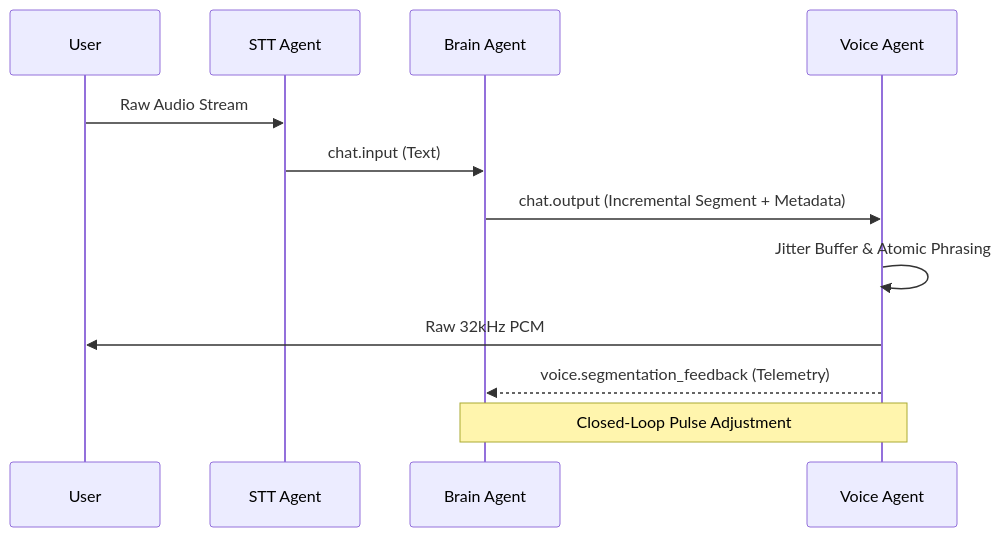
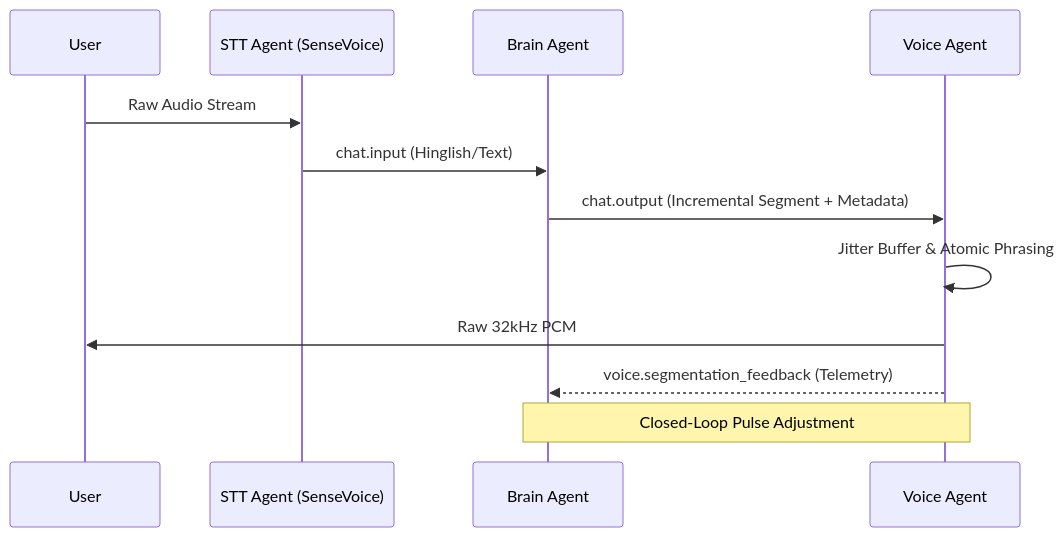
Before and after one commit to Aniket-a14/AI_friend: the second of 2 diagrams in README.md, drawn with Mermaid. The commit also changed other lines of this file and 7 other files, not shown here.

Commit message:
feat: implement CVS-1.0 Solid State Mesh hardening with zero-drift architecture

````diff
--- a/README.md
+++ b/README.md
@@ -50,15 +51,15 @@
 ```mermaid
 sequenceDiagram
     participant U as User
-    participant S as STT Agent
+    participant S as STT Agent (SenseVoice)
     participant B as Brain Agent
     participant V as Voice Agent
     
     U->>S: Raw Audio Stream
-    S->>B: chat.input (Text)
+    S->>B: chat.input (Hinglish/Text)
     B->>V: chat.output (Incremental Segment + Metadata)
     V->>V: Jitter Buffer & Atomic Phrasing
     V->>U: Raw 32kHz PCM
     V-->>B: voice.segmentation_feedback (Telemetry)
     Note over B,V: Closed-Loop Pulse Adjustment
 ```
````
